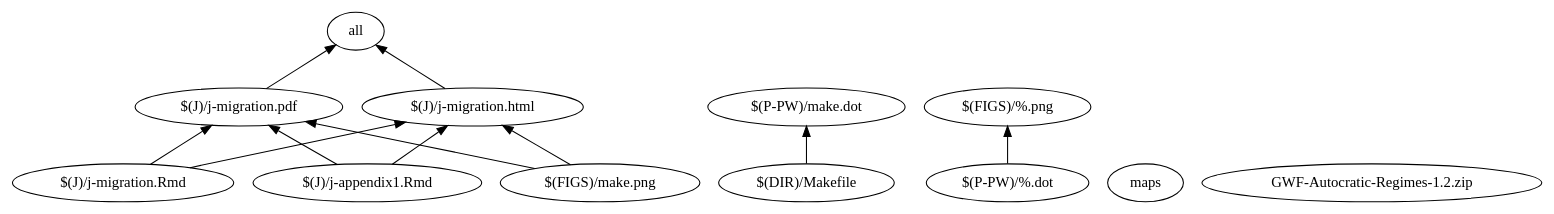
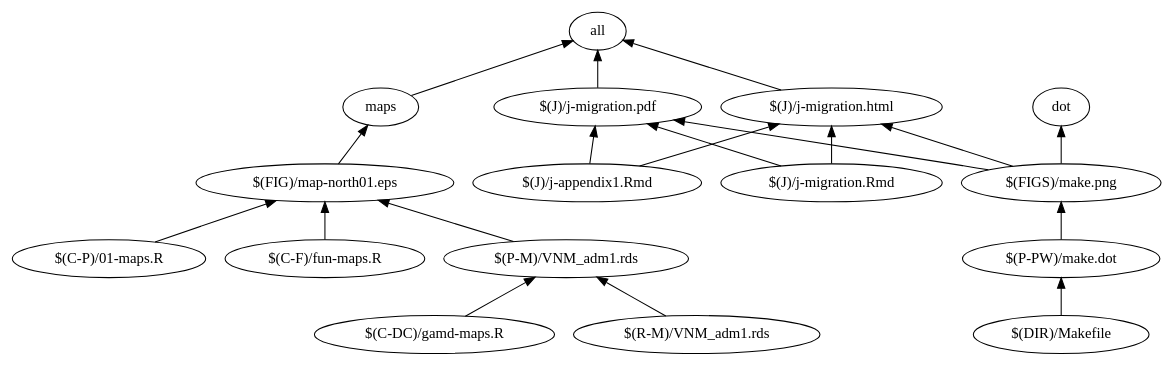
Before and after one commit to majazaloznik/vn: the diagram in data/processed/project-wide/make.dot, drawn with Graphviz. The commit also changed 5 other files, not shown here.

Commit message:
oh man, smoothing the map made it all worse. kind of fixed now, but new weirdness abounds

```diff
--- a/data/processed/project-wide/make.dot
+++ b/data/processed/project-wide/make.dot
@@ -1,20 +1,31 @@
 digraph G {
 	rankdir="BT"
 	"all"
 	"$(J)/j-migration.pdf" -> "all"
 	"$(J)/j-migration.html" -> "all"
+	"maps" -> "all"
+	"dot"
+	"$(FIGS)/make.png" -> "dot"
+	"maps"
+	"$(FIG)/map-north01.eps" -> "maps"
 	"$(P-PW)/make.dot"
 	"$(DIR)/Makefile" -> "$(P-PW)/make.dot"
-	"$(FIGS)/%.png"
-	"$(P-PW)/%.dot" -> "$(FIGS)/%.png"
+	"$(FIGS)/make.png"
+	"$(P-PW)/make.dot" -> "$(FIGS)/make.png"
 	"$(J)/j-migration.html"
 	"$(J)/j-migration.Rmd" -> "$(J)/j-migration.html"
 	"$(J)/j-appendix1.Rmd" -> "$(J)/j-migration.html"
 	"$(FIGS)/make.png" -> "$(J)/j-migration.html"
 	"$(J)/j-migration.pdf"
 	"$(J)/j-migration.Rmd" -> "$(J)/j-migration.pdf"
 	"$(J)/j-appendix1.Rmd" -> "$(J)/j-migration.pdf"
 	"$(FIGS)/make.png" -> "$(J)/j-migration.pdf"
-	"maps"
-	"GWF-Autocratic-Regimes-1.2.zip"
+	"$(R-M)/VNM_adm1.rds"
+	"$(P-M)/VNM_adm1.rds"
+	"$(C-DC)/gamd-maps.R" -> "$(P-M)/VNM_adm1.rds"
+	"$(R-M)/VNM_adm1.rds" -> "$(P-M)/VNM_adm1.rds"
+	"$(FIG)/map-north01.eps"
+	"$(C-P)/01-maps.R" -> "$(FIG)/map-north01.eps"
+	"$(P-M)/VNM_adm1.rds" -> "$(FIG)/map-north01.eps"
+	"$(C-F)/fun-maps.R" -> "$(FIG)/map-north01.eps"
 }
```
